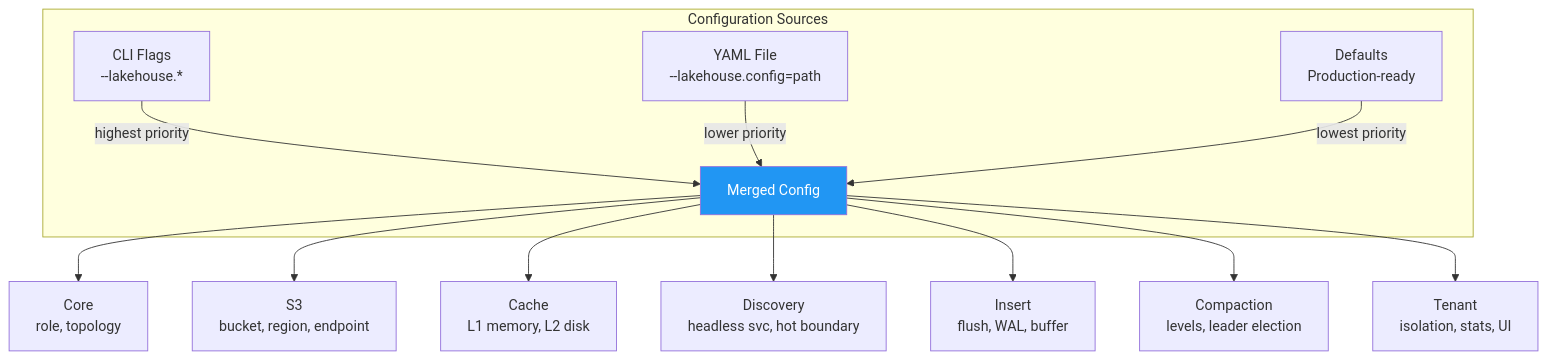
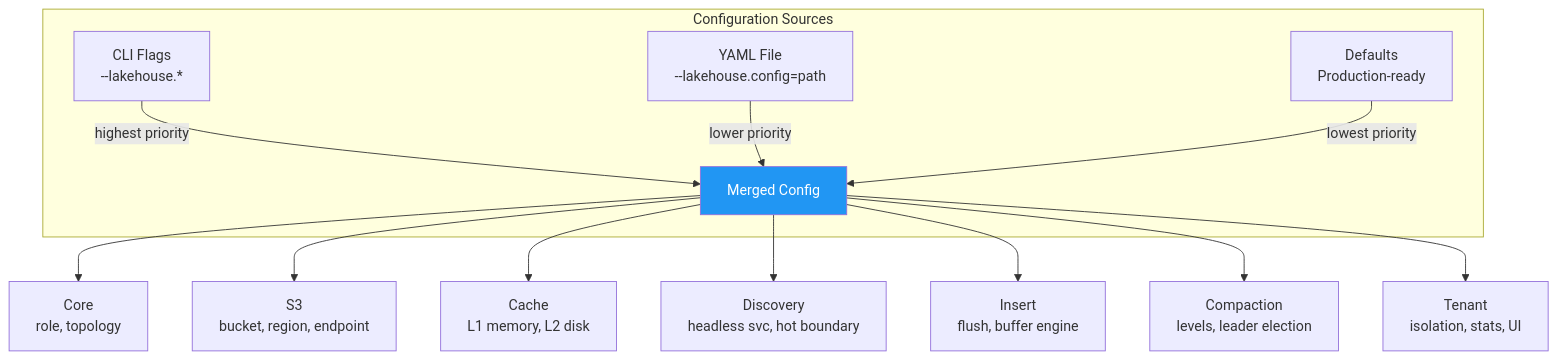
One commit to ReliablyObserve/victoria-lakehouse changed the diagram in docs/configuration.md. Above: the diagram before and after it, drawn with Mermaid. The commit also changed other lines of this file and 3 other files, not shown here.

First line of the commit message:
docs: finish stale LH WAL purge (configuration, performance, deployment diagrams)

````diff
--- a/docs/configuration.md
+++ b/docs/configuration.md
@@ -12,18 +12,18 @@
 ```mermaid
 graph TD
     subgraph "Configuration Sources"
     CLI["CLI Flags<br/>--lakehouse.*"] -->|highest priority| CFG[Merged Config]
     YAML["YAML File<br/>--lakehouse.config=path"] -->|lower priority| CFG
     ENV["Defaults<br/>Production-ready"] -->|lowest priority| CFG
     end
 
     CFG --> CORE[Core<br/>role, topology]
     CFG --> S3C[S3<br/>bucket, region, endpoint]
     CFG --> CACHE[Cache<br/>L1 memory, L2 disk]
     CFG --> DISC[Discovery<br/>headless svc, hot boundary]
-    CFG --> INS[Insert<br/>flush, WAL, buffer]
+    CFG --> INS[Insert<br/>flush, buffer engine]
     CFG --> COMP[Compaction<br/>levels, leader election]
     CFG --> TENANT[Tenant<br/>isolation, stats, UI]
 
     style CFG fill:#2196F3,color:#fff
 ```
````
